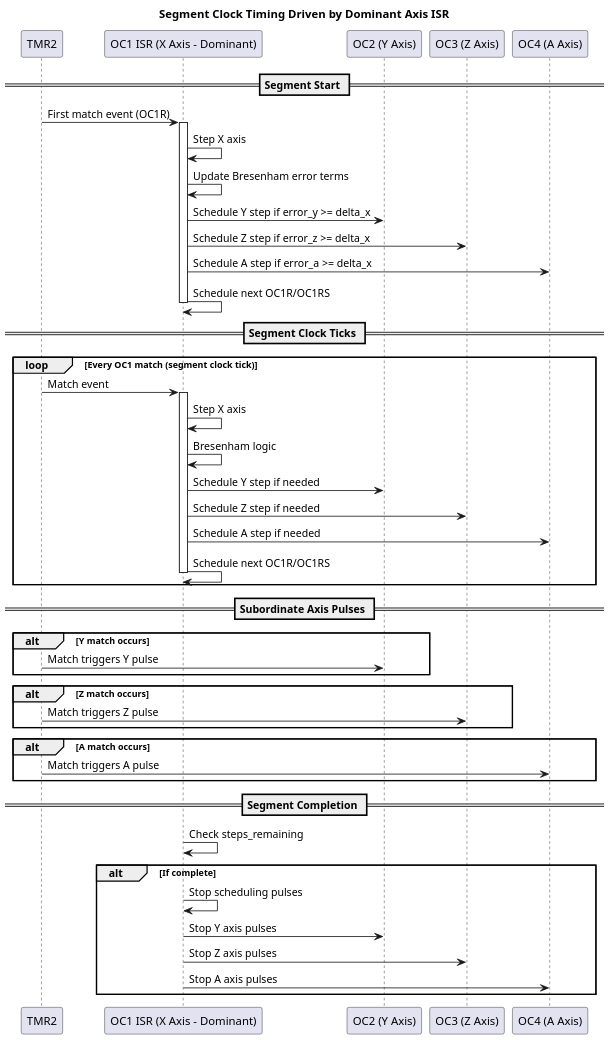
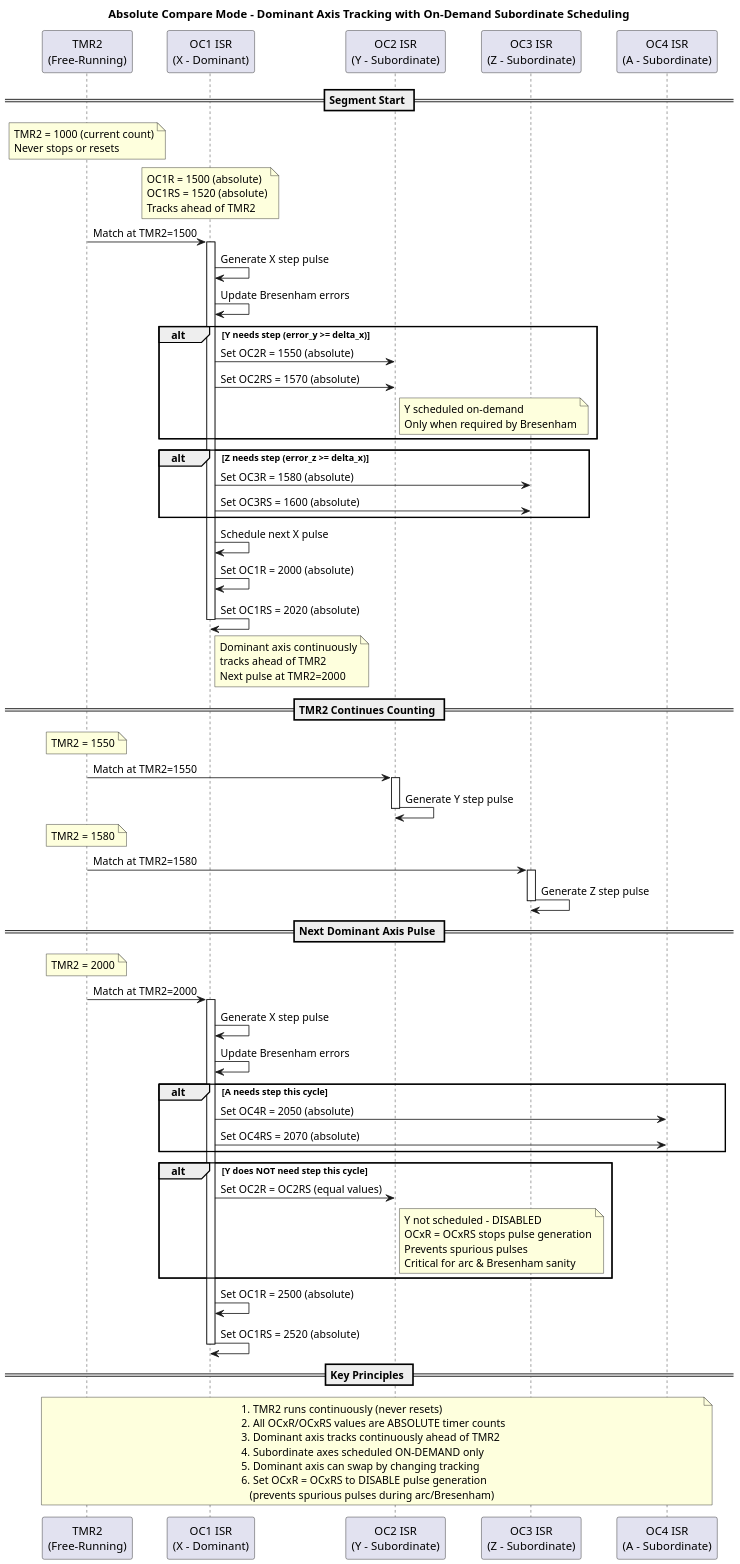
Before and after one commit to Davec6505/Pic32mzCNC_V3: the diagram in docs/plantuml/02_segment_clock.puml, drawn with PlantUML. The commit also changed 10 other files, not shown here.

Commit message:
UART2 functioning and polling sorted, plantUML and README docs updated.

```diff
--- a/docs/plantuml/02_segment_clock.puml
+++ b/docs/plantuml/02_segment_clock.puml
@@ -1,56 +1,112 @@
 @startuml
-title Segment Clock Timing Driven by Dominant Axis ISR
+title Absolute Compare Mode - Dominant Axis Tracking with On-Demand Subordinate Scheduling
 
 scale 1.5
 
-participant TMR2
-participant OC1 as "OC1 ISR (X Axis - Dominant)"
-participant OC2 as "OC2 (Y Axis)"
-participant OC3 as "OC3 (Z Axis)"
-participant OC4 as "OC4 (A Axis)"
+participant "TMR2\n(Free-Running)" as TMR2
+participant "OC1 ISR\n(X - Dominant)" as OC1
+participant "OC2 ISR\n(Y - Subordinate)" as OC2
+participant "OC3 ISR\n(Z - Subordinate)" as OC3
+participant "OC4 ISR\n(A - Subordinate)" as OC4
 
 == Segment Start ==
-TMR2 -> OC1 : First match event (OC1R)
+note over TMR2
+  TMR2 = 1000 (current count)
+  Never stops or resets
+end note
+
+note over OC1
+  OC1R = 1500 (absolute)
+  OC1RS = 1520 (absolute)
+  Tracks ahead of TMR2
+end note
+
+TMR2 -> OC1 : Match at TMR2=1500
 activate OC1
-OC1 -> OC1 : Step X axis
-OC1 -> OC1 : Update Bresenham error terms
-OC1 -> OC2 : Schedule Y step if error_y >= delta_x
-OC1 -> OC3 : Schedule Z step if error_z >= delta_x
-OC1 -> OC4 : Schedule A step if error_a >= delta_x
-OC1 -> OC1 : Schedule next OC1R/OC1RS
+OC1 -> OC1 : Generate X step pulse
+OC1 -> OC1 : Update Bresenham errors
+
+alt Y needs step (error_y >= delta_x)
+    OC1 -> OC2 : Set OC2R = 1550 (absolute)
+    OC1 -> OC2 : Set OC2RS = 1570 (absolute)
+    note right of OC2
+      Y scheduled on-demand
+      Only when required by Bresenham
+    end note
+end
+
+alt Z needs step (error_z >= delta_x)
+    OC1 -> OC3 : Set OC3R = 1580 (absolute)
+    OC1 -> OC3 : Set OC3RS = 1600 (absolute)
+end
+
+OC1 -> OC1 : Schedule next X pulse
+OC1 -> OC1 : Set OC1R = 2000 (absolute)
+OC1 -> OC1 : Set OC1RS = 2020 (absolute)
+note right of OC1
+  Dominant axis continuously
+  tracks ahead of TMR2
+  Next pulse at TMR2=2000
+end note
 deactivate OC1
 
-== Segment Clock Ticks ==
-loop Every OC1 match (segment clock tick)
-    TMR2 -> OC1 : Match event
-    activate OC1
-    OC1 -> OC1 : Step X axis
-    OC1 -> OC1 : Bresenham logic
-    OC1 -> OC2 : Schedule Y step if needed
-    OC1 -> OC3 : Schedule Z step if needed
-    OC1 -> OC4 : Schedule A step if needed
-    OC1 -> OC1 : Schedule next OC1R/OC1RS
-    deactivate OC1
+== TMR2 Continues Counting ==
+note over TMR2
+  TMR2 = 1550
+end note
+
+TMR2 -> OC2 : Match at TMR2=1550
+activate OC2
+OC2 -> OC2 : Generate Y step pulse
+deactivate OC2
+
+note over TMR2
+  TMR2 = 1580
+end note
+
+TMR2 -> OC3 : Match at TMR2=1580
+activate OC3
+OC3 -> OC3 : Generate Z step pulse
+deactivate OC3
+
+== Next Dominant Axis Pulse ==
+note over TMR2
+  TMR2 = 2000
+end note
+
+TMR2 -> OC1 : Match at TMR2=2000
+activate OC1
+OC1 -> OC1 : Generate X step pulse
+OC1 -> OC1 : Update Bresenham errors
+
+alt A needs step this cycle
+    OC1 -> OC4 : Set OC4R = 2050 (absolute)
+    OC1 -> OC4 : Set OC4RS = 2070 (absolute)
 end
 
-== Subordinate Axis Pulses ==
-alt Y match occurs
-    TMR2 -> OC2 : Match triggers Y pulse
-end
-alt Z match occurs
-    TMR2 -> OC3 : Match triggers Z pulse
-end
-alt A match occurs
-    TMR2 -> OC4 : Match triggers A pulse
+alt Y does NOT need step this cycle
+    OC1 -> OC2 : Set OC2R = OC2RS (equal values)
+    note right of OC2
+      Y not scheduled - DISABLED
+      OCxR = OCxRS stops pulse generation
+      Prevents spurious pulses
+      Critical for arc & Bresenham sanity
+    end note
 end
 
-== Segment Completion ==
-OC1 -> OC1 : Check steps_remaining
-alt If complete
-    OC1 -> OC1 : Stop scheduling pulses
-    OC1 -> OC2 : Stop Y axis pulses
-    OC1 -> OC3 : Stop Z axis pulses
-    OC1 -> OC4 : Stop A axis pulses
-end
+OC1 -> OC1 : Set OC1R = 2500 (absolute)
+OC1 -> OC1 : Set OC1RS = 2520 (absolute)
+deactivate OC1
+
+== Key Principles ==
+note over TMR2, OC4
+  1. TMR2 runs continuously (never resets)
+  2. All OCxR/OCxRS values are ABSOLUTE timer counts
+  3. Dominant axis tracks continuously ahead of TMR2
+  4. Subordinate axes scheduled ON-DEMAND only
+  5. Dominant axis can swap by changing tracking
+  6. Set OCxR = OCxRS to DISABLE pulse generation
+     (prevents spurious pulses during arc/Bresenham)
+end note
 
 @enduml
```
